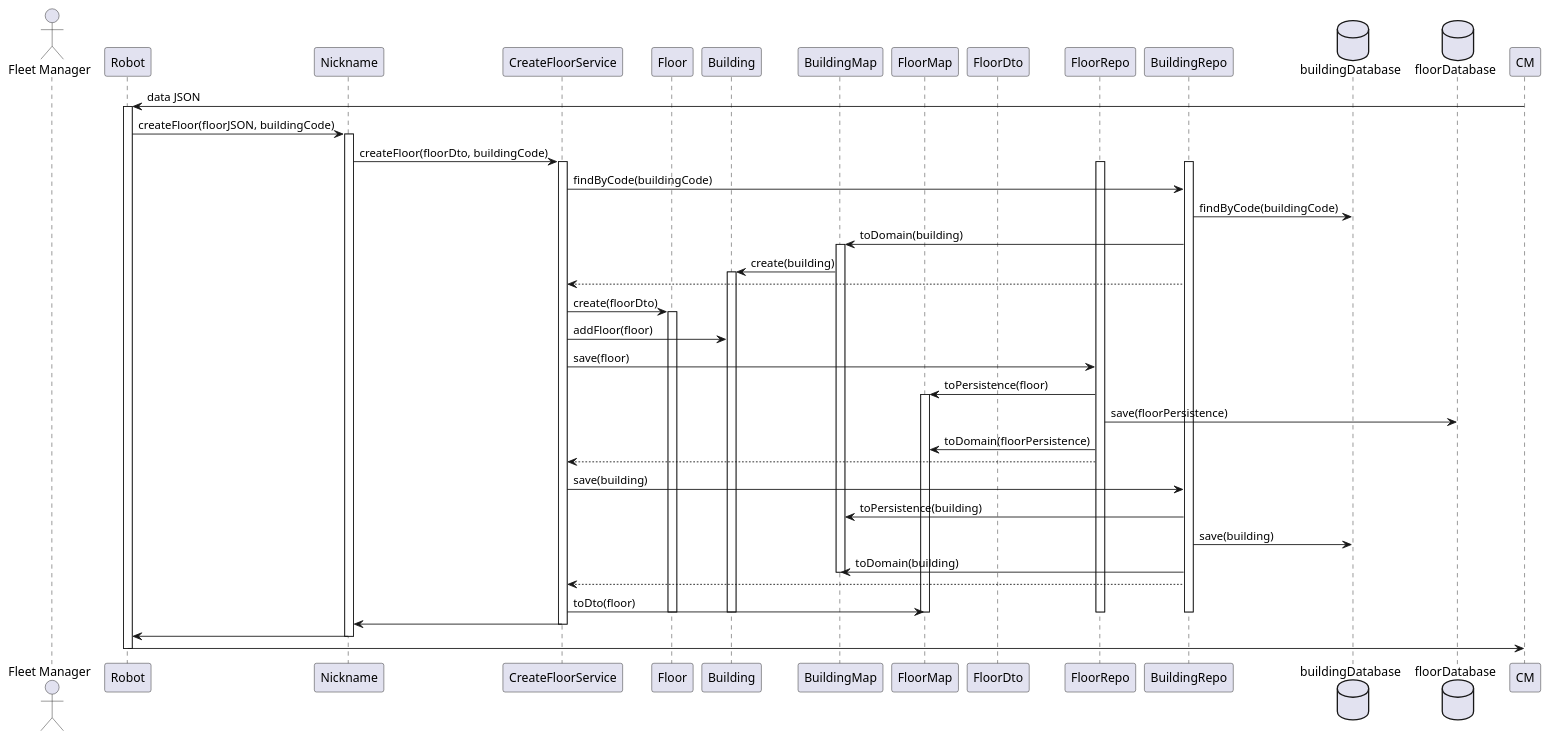
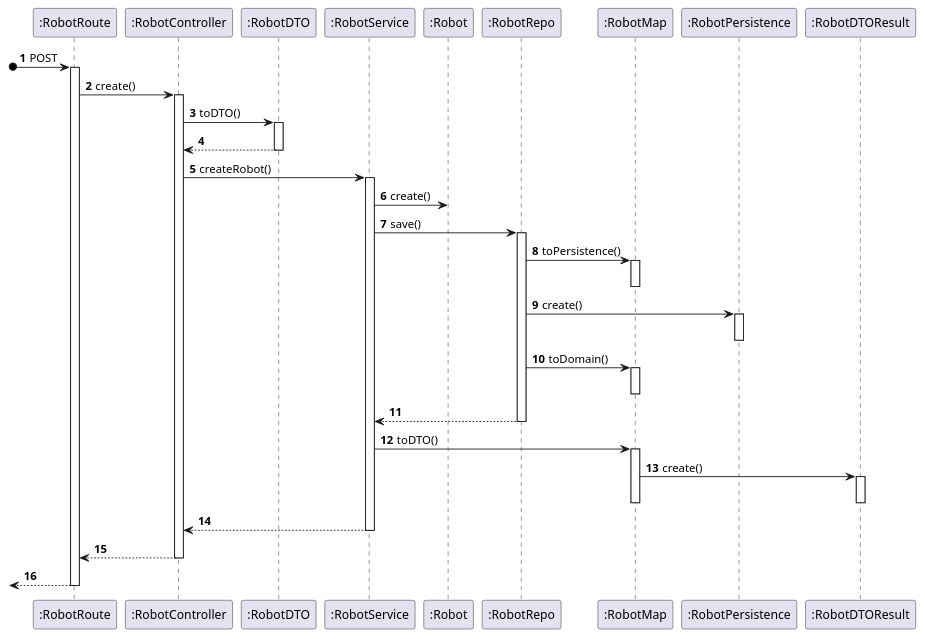
Before and after one commit to Pedro-Pereira1/sem5pi_23_24_g056: the diagram in docs/US_360/Diagrams/SequenceDiagramLevel3.puml, drawn with PlantUML.

Commit message:
Updated Documentation on US360 added base diagram layer3

```diff
--- a/docs/US_360/Diagrams/SequenceDiagramLevel3.puml
+++ b/docs/US_360/Diagrams/SequenceDiagramLevel3.puml
@@ -1,88 +1,67 @@
-@startuml SequenceDiagramLevel3
-'https://plantuml.com/use-case-diagram
+@startuml
+
+autonumber
+
+participant ":RobotRoute" as Route
+participant ":RobotController" as Controller
+participant ":RobotDTO" as DTO
+participant ":RobotService" as Service
+participant ":Robot" as Floor
+participant ":RobotRepo" as Repo
+participant ":RobotMap" as Map
+
+participant ":RobotPersistence" as Persistence
+participant ":RobotDTOResult" as DTOResult
+
+?o->Route: POST
+activate Route
+
+Route -> Controller: create()
+activate Controller
+
+Controller -> DTO: toDTO()
+activate DTO
+
+DTO --> Controller:
+deactivate DTO
+
+Controller -> Service: createRobot()
+activate Service
+Service -> Floor: create()
+
+Service -> Repo: save()
+activate Repo
+
+Repo -> Map: toPersistence()
+activate Map
+deactivate Map
+
+Repo -> Persistence: create()
+activate Persistence
+deactivate Persistence
+
+Repo -> Map: toDomain()
+activate Map
+deactivate Map
+
+Repo --> Service:
+deactivate Repo
+
+Service -> Map: toDTO()
+activate Map
+Map -> DTOResult: create()
+activate DTOResult
+deactivate DTOResult
+deactivate Map
+
+Service --> Controller:
+deactivate Service
+
+Controller --> Route:
+deactivate Controller
+
+<--Route:
+deactivate Route
 
 
-actor "Fleet Manager" as FM
-participant Robot
-participant Nickname
-participant CreateFloorService
-participant Floor
-participant Building
-participant BuildingMap
-participant FloorMap
-participant FloorDto
-participant FloorRepo
-participant BuildingRepo
-database buildingDatabase
-database floorDatabase
-
-CM -> Robot : data JSON
-activate Robot
-
-Robot -> Nickname : createFloor(floorJSON, buildingCode)
-activate Nickname
-
-Nickname -> CreateFloorService : createFloor(floorDto, buildingCode)
-activate CreateFloorService
-activate BuildingRepo
-activate FloorRepo
-
-CreateFloorService -> BuildingRepo : findByCode(buildingCode)
-
-BuildingRepo -> buildingDatabase : findByCode(buildingCode)
-
-BuildingRepo -> BuildingMap : toDomain(building)
-activate BuildingMap
-
-BuildingMap -> Building : create(building)
-activate Building
-
-BuildingRepo --> CreateFloorService
-
-CreateFloorService -> Floor : create(floorDto)
-activate Floor
-
-CreateFloorService -> Building : addFloor(floor)
-
-CreateFloorService -> FloorRepo : save(floor)
-
-FloorRepo -> FloorMap : toPersistence(floor)
-activate FloorMap
-
-FloorRepo -> floorDatabase : save(floorPersistence)
-
-FloorRepo -> FloorMap : toDomain(floorPersistence)
-
-FloorRepo --> CreateFloorService
-
-CreateFloorService -> BuildingRepo : save(building)
-
-BuildingRepo -> BuildingMap : toPersistence(building)
-
-BuildingRepo -> buildingDatabase : save(building)
-
-BuildingRepo -> BuildingMap : toDomain(building)
-deactivate BuildingMap
-
-BuildingRepo --> CreateFloorService
-
-CreateFloorService -> FloorMap : toDto(floor)
-deactivate FloorMap
-
-deactivate Building
-deactivate Floor
-deactivate BuildingRepo
-deactivate FloorRepo
-
-CreateFloorService -> Nickname 
-deactivate CreateFloorService
-
-Nickname -> Robot
-
-deactivate Nickname
-
-Robot -> CM
-
-deactivate Robot
-
 @enduml
```
